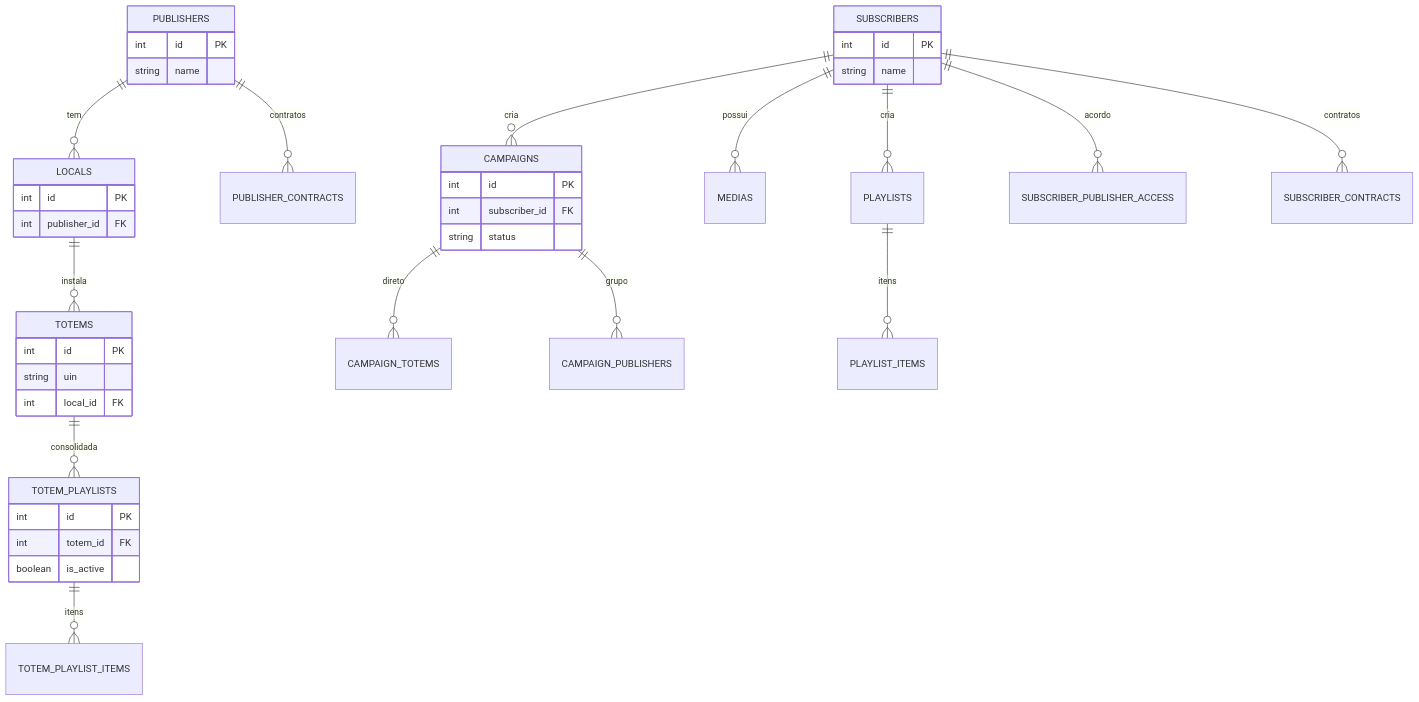
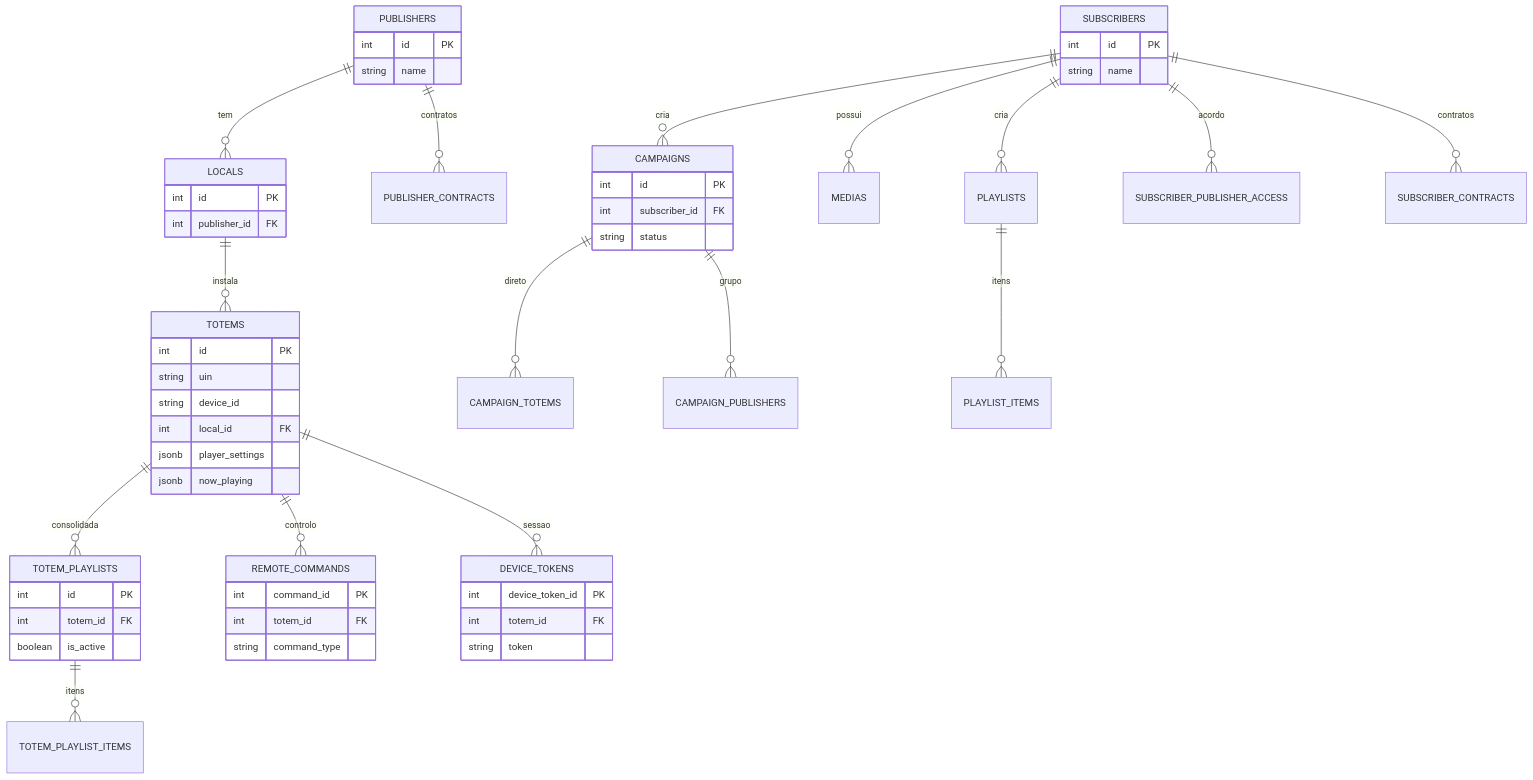
The first of 5 diagrams in docs/platform/06-totemdigital-monousuario-er-e-fluxo.md (Julio-Eyras/TotemDigital-Studio-A.i), drawn with Mermaid before and after one commit. The commit also changed other lines of this file and 8 other files, not shown here.

First line of the commit message:
docs(er): atualiza modelo ER com controlo remoto e regenera PNG

````diff
--- a/docs/platform/06-totemdigital-monousuario-er-e-fluxo.md
+++ b/docs/platform/06-totemdigital-monousuario-er-e-fluxo.md
@@ -24,44 +24,59 @@
 ```mermaid
 erDiagram
   SUBSCRIBERS ||--o{ CAMPAIGNS : cria
   SUBSCRIBERS ||--o{ MEDIAS : possui
   SUBSCRIBERS ||--o{ PLAYLISTS : cria
   SUBSCRIBERS ||--o{ SUBSCRIBER_PUBLISHER_ACCESS : acordo
   PUBLISHERS ||--o{ LOCALS : tem
   LOCALS ||--o{ TOTEMS : instala
   PUBLISHERS ||--o{ PUBLISHER_CONTRACTS : contratos
   SUBSCRIBERS ||--o{ SUBSCRIBER_CONTRACTS : contratos
   CAMPAIGNS ||--o{ CAMPAIGN_TOTEMS : direto
   CAMPAIGNS ||--o{ CAMPAIGN_PUBLISHERS : grupo
   TOTEMS ||--o{ TOTEM_PLAYLISTS : consolidada
   PLAYLISTS ||--o{ PLAYLIST_ITEMS : itens
   TOTEM_PLAYLISTS ||--o{ TOTEM_PLAYLIST_ITEMS : itens
 
   SUBSCRIBERS {
     int id PK
     string name
   }
   PUBLISHERS {
     int id PK
     string name
   }
   LOCALS {
     int id PK
     int publisher_id FK
   }
   TOTEMS {
     int id PK
     string uin
+    string device_id
     int local_id FK
+    jsonb player_settings
+    jsonb now_playing
   }
   CAMPAIGNS {
     int id PK
     int subscriber_id FK
     string status
   }
   TOTEM_PLAYLISTS {
     int id PK
     int totem_id FK
     boolean is_active
   }
+  REMOTE_COMMANDS {
+    int command_id PK
+    int totem_id FK
+    string command_type
+  }
+  DEVICE_TOKENS {
+    int device_token_id PK
+    int totem_id FK
+    string token
+  }
+  TOTEMS ||--o{ REMOTE_COMMANDS : controlo
+  TOTEMS ||--o{ DEVICE_TOKENS : sessao
 ```
````
